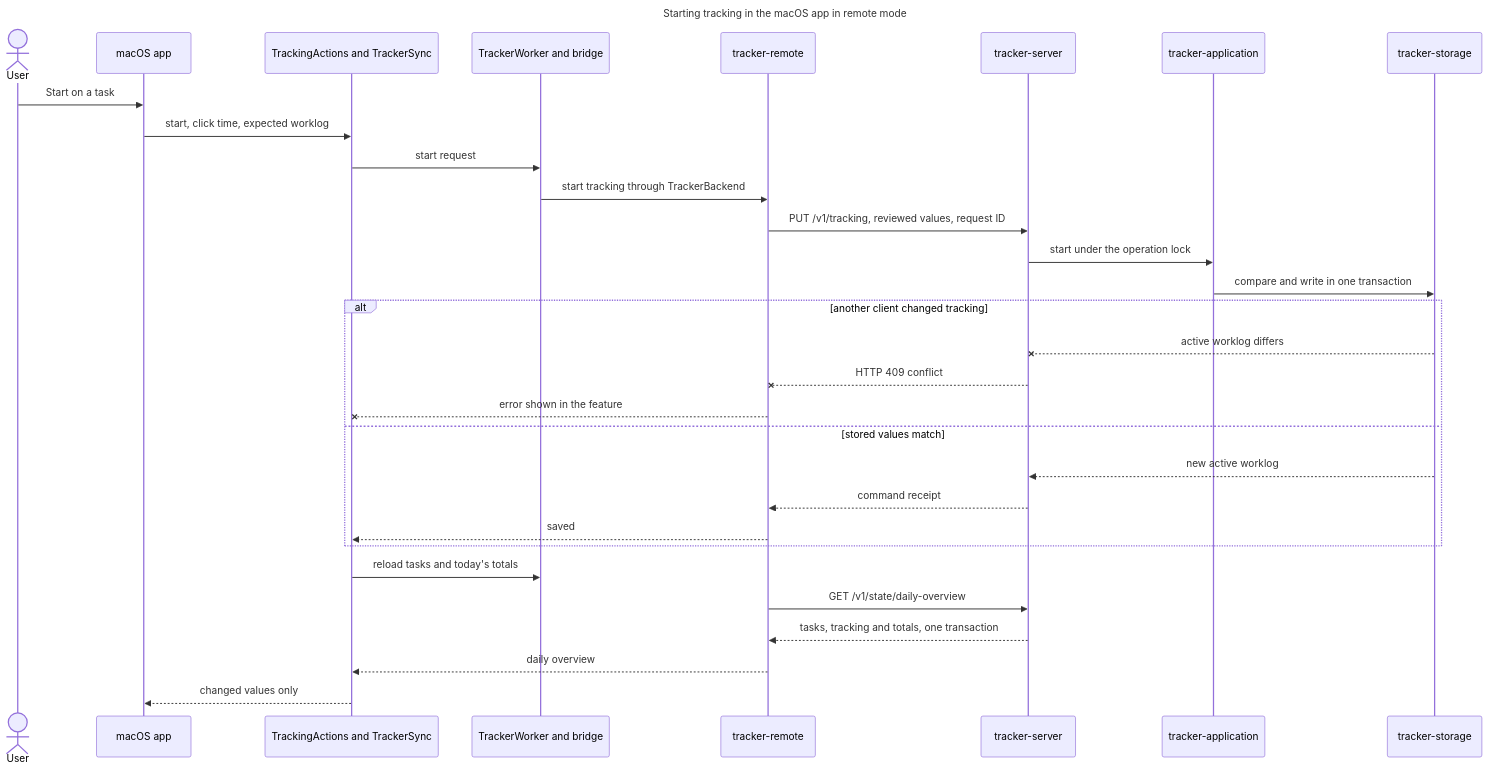
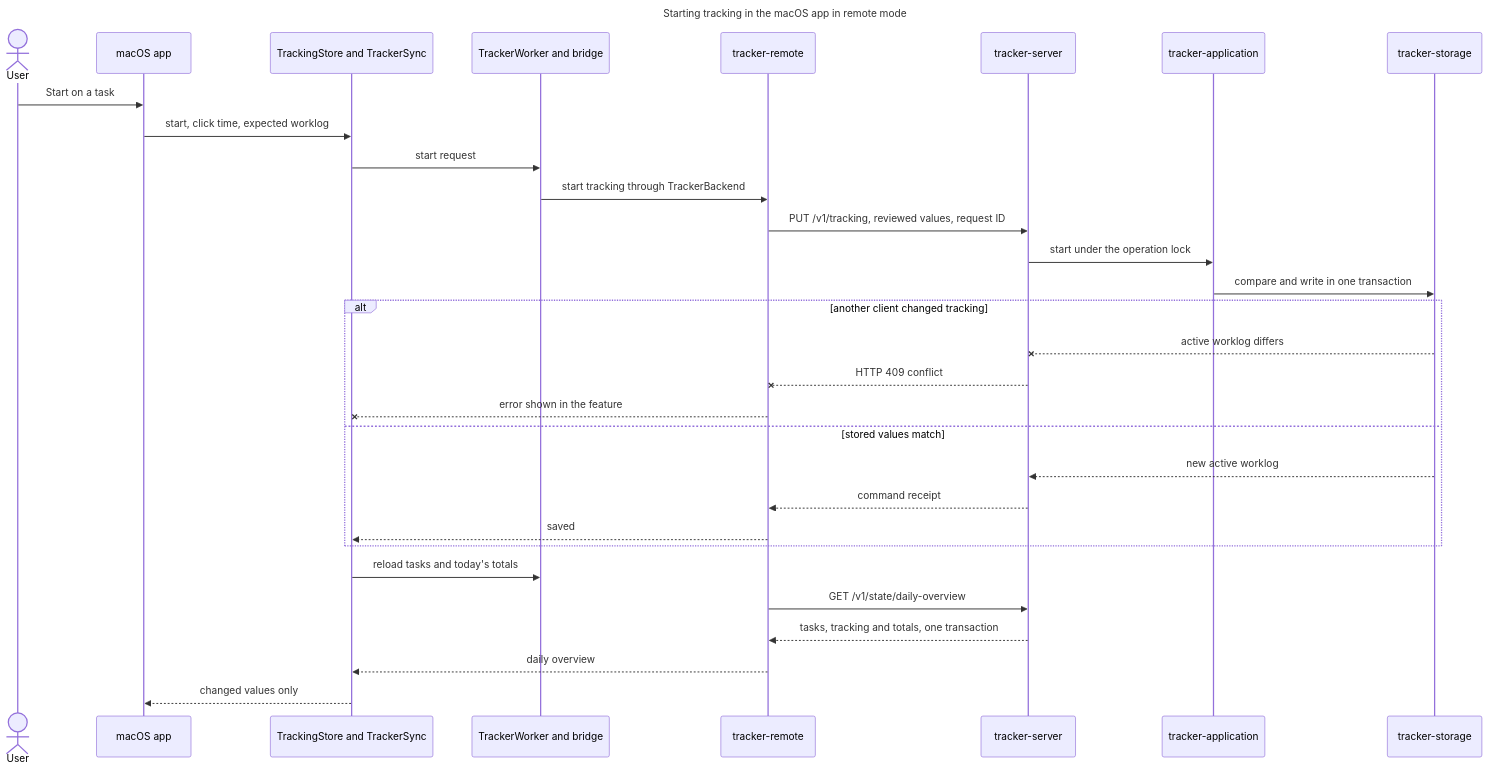
One commit to remshams/time-tracker changed the fifth of 6 diagrams in docs/architecture/architecture.md. Above: the diagram before and after it, drawn with Mermaid. The commit also changed other lines of this file and 1 other file, not shown here.

Commit message:
docs(Architecture): start and stop tracking on TrackingStore

````diff
--- a/docs/architecture/architecture.md
+++ b/docs/architecture/architecture.md
@@ -272,35 +275,35 @@
 ```mermaid
 ---
 title: Starting tracking in the macOS app in remote mode
 ---
 sequenceDiagram
     actor User
     participant App as macOS app
-    participant Tracking as TrackingActions and TrackerSync
+    participant Tracking as TrackingStore and TrackerSync
     participant Worker as TrackerWorker and bridge
     participant Remote as tracker-remote
     participant Server as tracker-server
     participant Application as tracker-application
     participant Storage as tracker-storage
     User->>App: Start on a task
     App->>Tracking: start, click time, expected worklog
     Tracking->>Worker: start request
     Worker->>Remote: start tracking through TrackerBackend
     Remote->>Server: PUT /v1/tracking, reviewed values, request ID
     Server->>Application: start under the operation lock
     Application->>Storage: compare and write in one transaction
     alt another client changed tracking
         Storage--xServer: active worklog differs
         Server--xRemote: HTTP 409 conflict
         Remote--xTracking: error shown in the feature
     else stored values match
         Storage-->>Server: new active worklog
         Server-->>Remote: command receipt
         Remote-->>Tracking: saved
     end
     Tracking->>Worker: reload tasks and today's totals
     Remote->>Server: GET /v1/state/daily-overview
     Server-->>Remote: tasks, tracking and totals, one transaction
     Remote-->>Tracking: daily overview
     Tracking-->>App: changed values only
 ```
````
